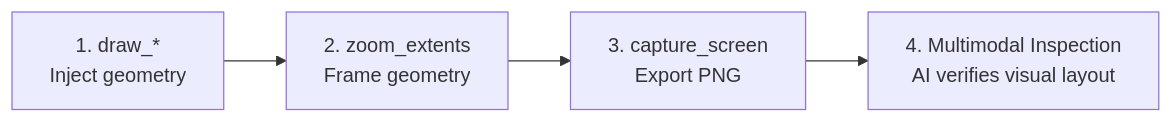
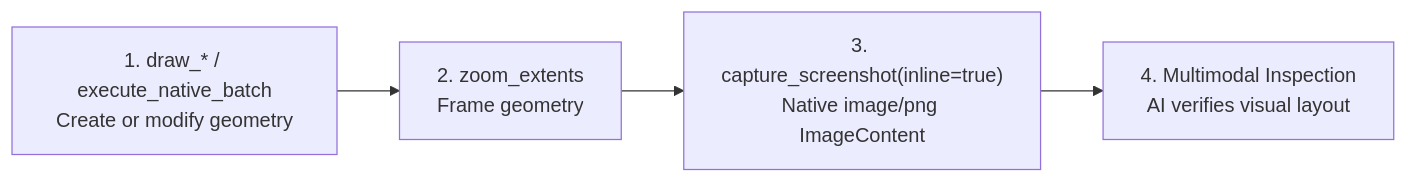
The fourth of 4 diagrams in docs/TOOLS_CHEAT_SHEET.md (LuiccianDev/autocad-mcp), drawn with Mermaid before and after one commit. The commit also changed other lines of this file and 5 other files, not shown here.

````diff
--- a/docs/TOOLS_CHEAT_SHEET.md
+++ b/docs/TOOLS_CHEAT_SHEET.md
@@ -99,6 +83,6 @@
 ```mermaid
 flowchart LR
-    A["1. draw_*\nInject geometry"] --> B["2. zoom_extents\nFrame geometry"]
-    B --> C["3. capture_screen\nExport PNG"]
+    A["1. draw_* / execute_native_batch\nCreate or modify geometry"] --> B["2. zoom_extents\nFrame geometry"]
+    B --> C["3. capture_screenshot(inline=true)\nNative image/png ImageContent"]
     C --> D["4. Multimodal Inspection\nAI verifies visual layout"]
 ```
````
